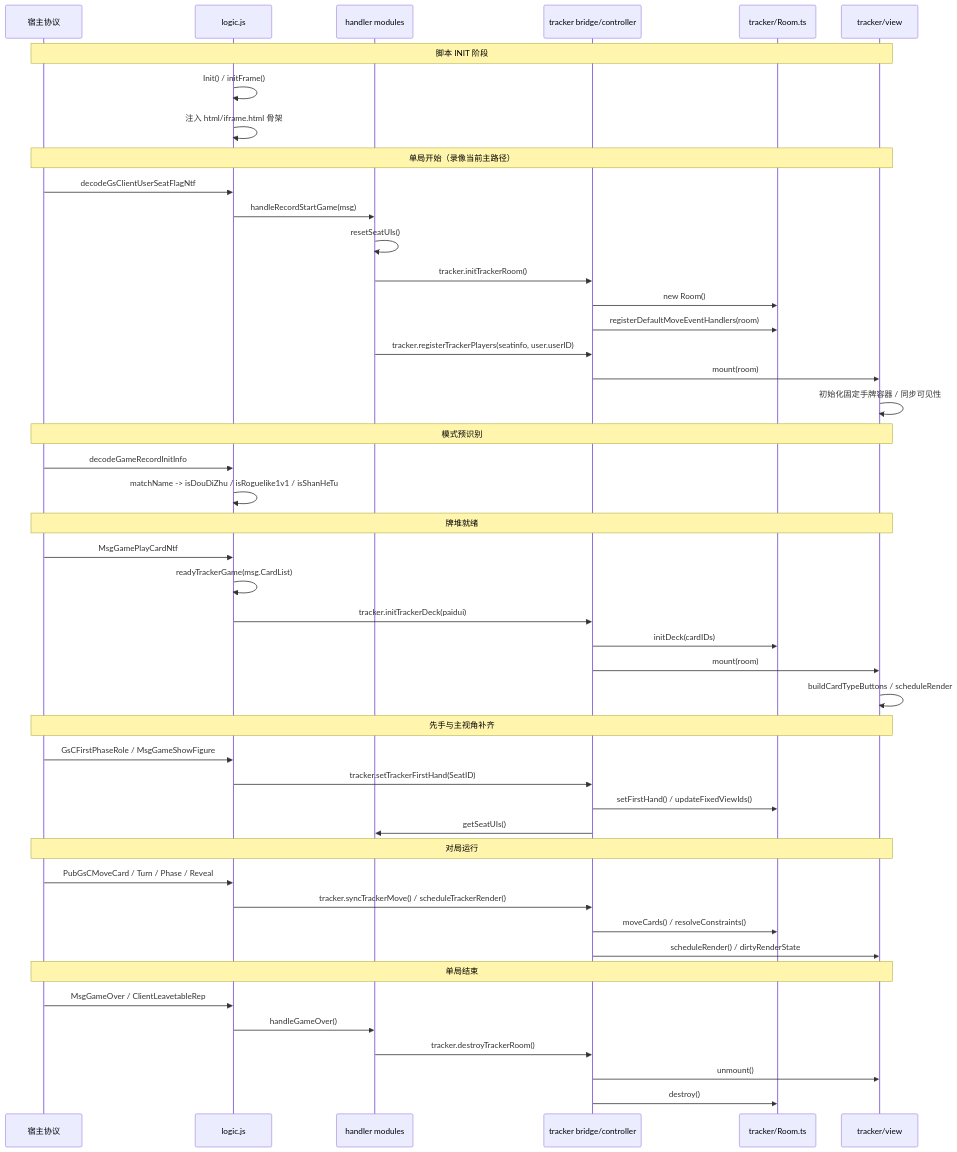
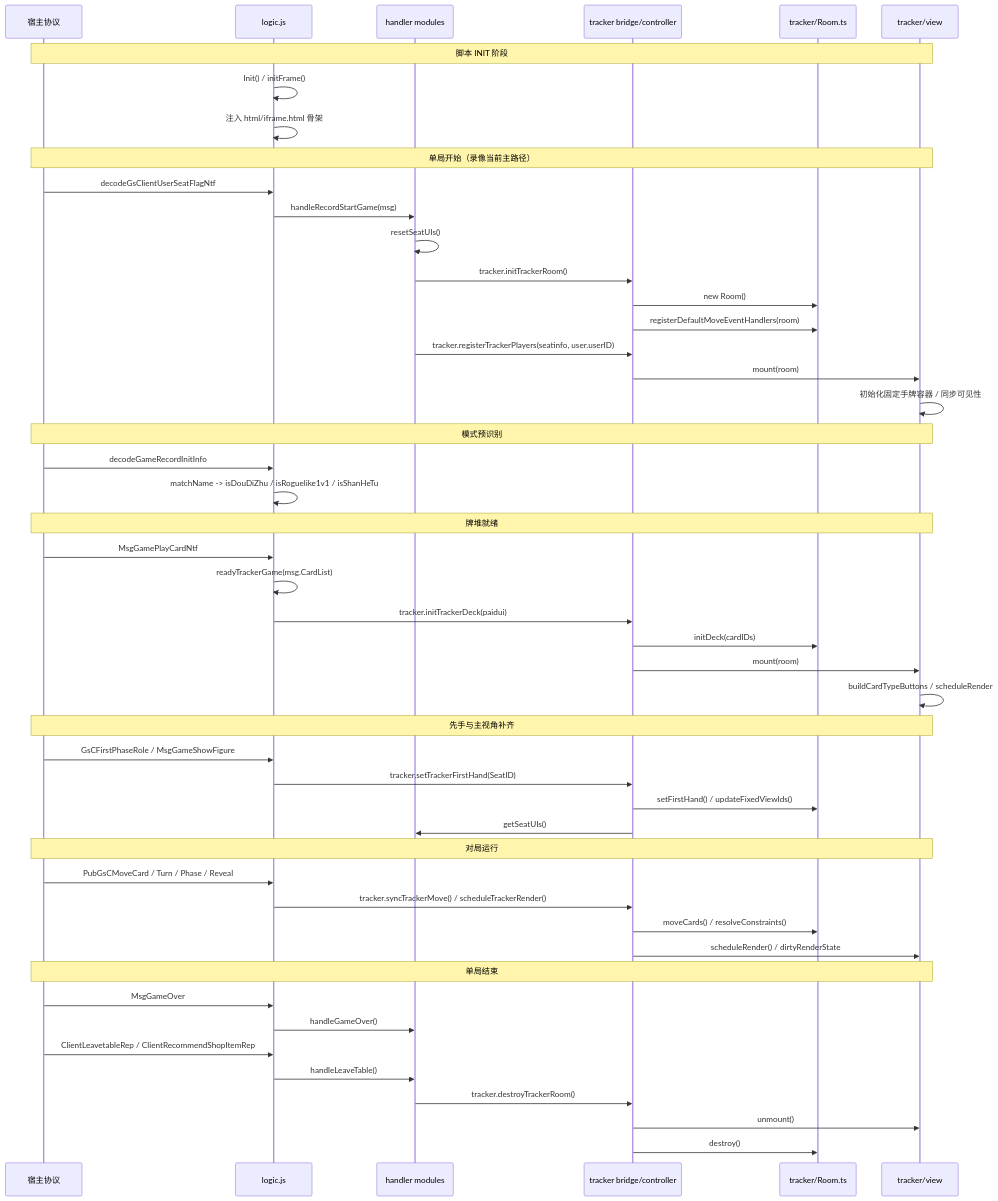
One commit to llsccm/tracker changed the second of 3 diagrams in docs/agents/lifecycle.md. Above: the diagram before and after it, drawn with Mermaid. The commit also changed other lines of this file and 11 other files, not shown here.

````diff
--- a/docs/agents/lifecycle.md
+++ b/docs/agents/lifecycle.md
@@ -65,55 +65,57 @@
 ```mermaid
 sequenceDiagram
     participant Engine as 宿主协议
     participant Logic as logic.js
     participant Handler as handler modules
     participant Bridge as tracker bridge/controller
     participant Room as tracker/Room.ts
     participant View as tracker/view
 
     Note over Engine,View: 脚本 INIT 阶段
     Logic ->> Logic: Init() / initFrame()
     Logic ->> Logic: 注入 html/iframe.html 骨架
 
     Note over Engine,View: 单局开始（录像当前主路径）
     Engine ->> Logic: decodeGsClientUserSeatFlagNtf
     Logic ->> Handler: handleRecordStartGame(msg)
     Handler ->> Handler: resetSeatUIs()
     Handler ->> Bridge: tracker.initTrackerRoom()
     Bridge ->> Room: new Room()
     Bridge ->> Room: registerDefaultMoveEventHandlers(room)
     Handler ->> Bridge: tracker.registerTrackerPlayers(seatinfo, user.userID)
     Bridge ->> View: mount(room)
     View ->> View: 初始化固定手牌容器 / 同步可见性
 
     Note over Engine,View: 模式预识别
     Engine ->> Logic: decodeGameRecordInitInfo
     Logic ->> Logic: matchName -> isDouDiZhu / isRoguelike1v1 / isShanHeTu
 
     Note over Engine,View: 牌堆就绪
     Engine ->> Logic: MsgGamePlayCardNtf
     Logic ->> Logic: readyTrackerGame(msg.CardList)
     Logic ->> Bridge: tracker.initTrackerDeck(paidui)
     Bridge ->> Room: initDeck(cardIDs)
     Bridge ->> View: mount(room)
     View ->> View: buildCardTypeButtons / scheduleRender
 
     Note over Engine,View: 先手与主视角补齐
     Engine ->> Logic: GsCFirstPhaseRole / MsgGameShowFigure
     Logic ->> Bridge: tracker.setTrackerFirstHand(SeatID)
     Bridge ->> Room: setFirstHand() / updateFixedViewIds()
     Bridge ->> Handler: getSeatUIs()
 
     Note over Engine,View: 对局运行
     Engine ->> Logic: PubGsCMoveCard / Turn / Phase / Reveal
     Logic ->> Bridge: tracker.syncTrackerMove() / scheduleTrackerRender()
     Bridge ->> Room: moveCards() / resolveConstraints()
     Bridge ->> View: scheduleRender() / dirtyRenderState
 
     Note over Engine,View: 单局结束
-    Engine ->> Logic: MsgGameOver / ClientLeavetableRep
+    Engine ->> Logic: MsgGameOver
     Logic ->> Handler: handleGameOver()
+    Engine ->> Logic: ClientLeavetableRep / ClientRecommendShopItemRep
+    Logic ->> Handler: handleLeaveTable()
     Handler ->> Bridge: tracker.destroyTrackerRoom()
     Bridge ->> View: unmount()
     Bridge ->> Room: destroy()
 ```
````
